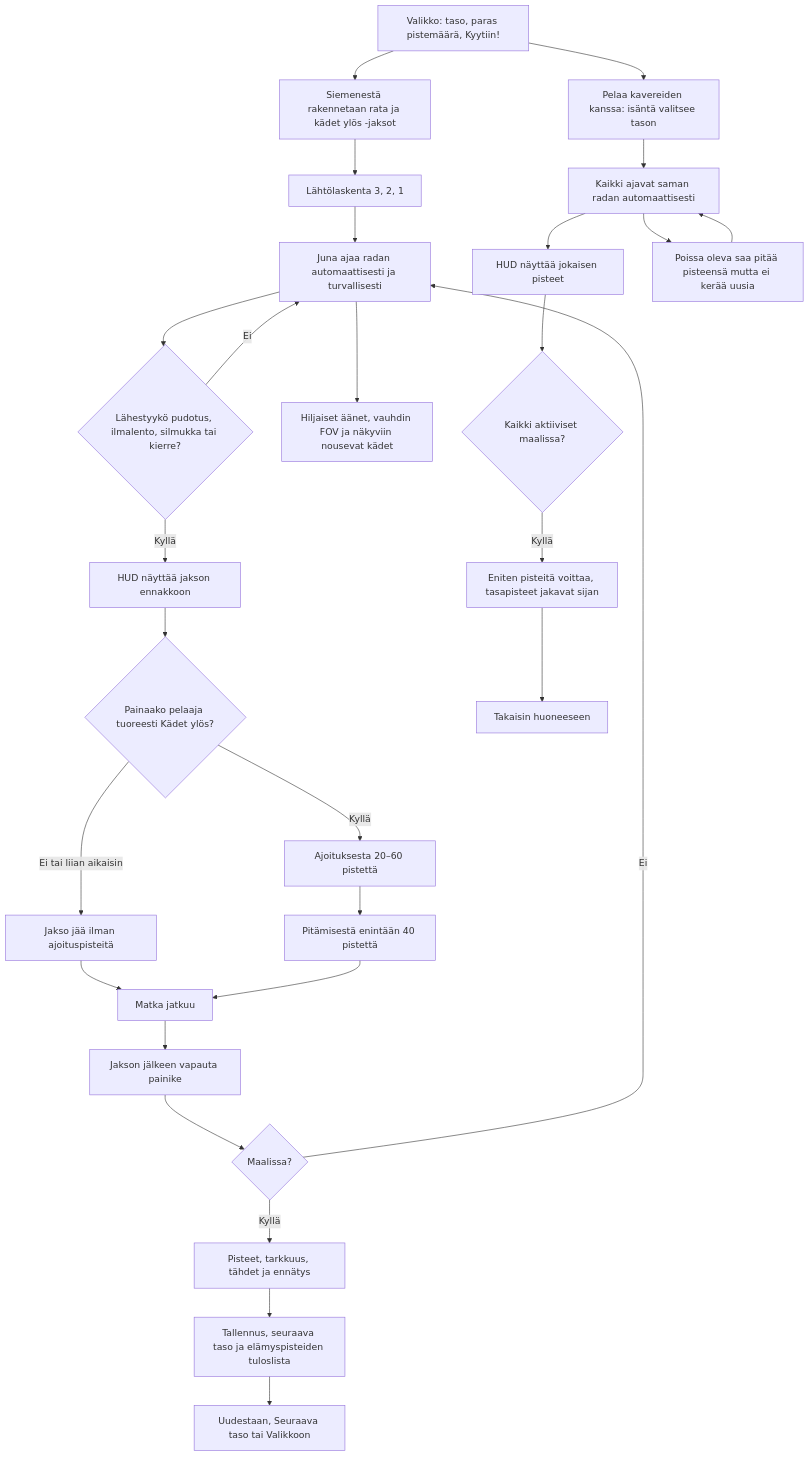
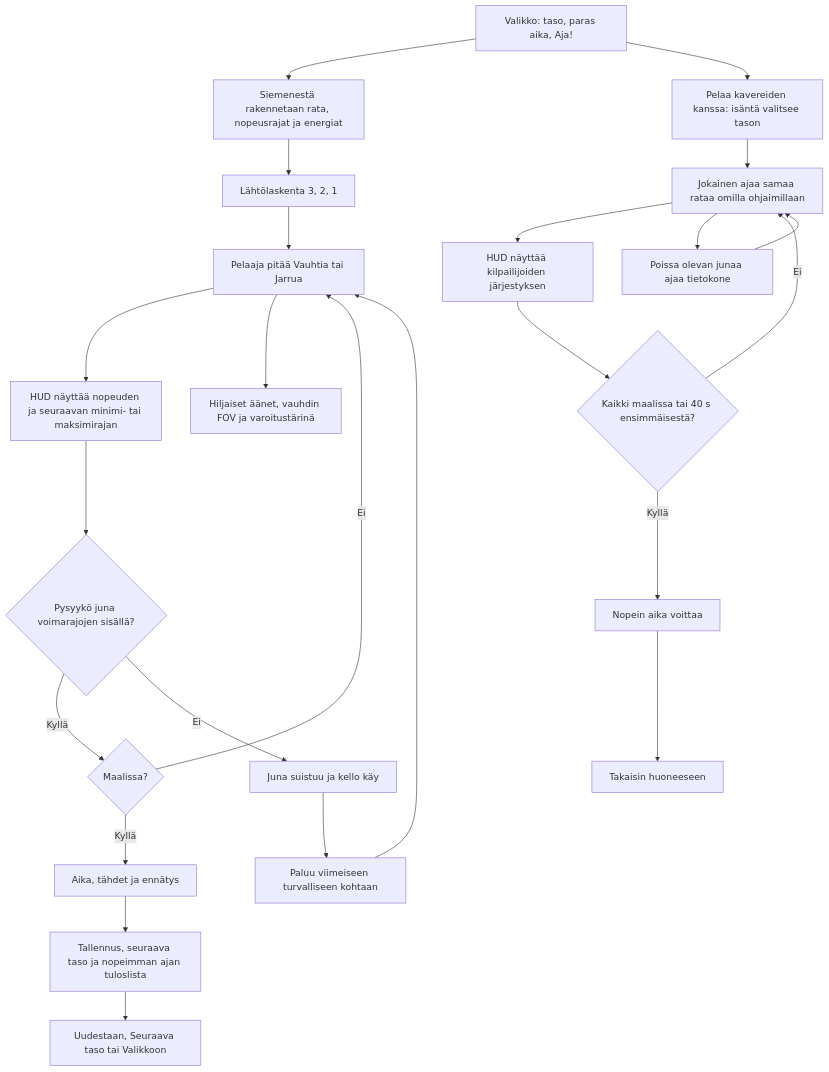
One commit to eerovil/ai-pelit changed the diagram in docs/diagrams/vuoristorata.md. Above: the diagram before and after it, drawn with Mermaid. The commit also changed other lines of this file and 13 other files, not shown here.

````diff
--- a/docs/diagrams/vuoristorata.md
+++ b/docs/diagrams/vuoristorata.md
@@ -11,37 +7,32 @@
 ```mermaid
 flowchart TD
-  A[Valikko: taso, paras pistemäärä, Kyytiin!] --> B[Siemenestä rakennetaan rata ja kädet ylös -jaksot]
+  A[Valikko: taso, paras aika, Aja!] --> B[Siemenestä rakennetaan rata, nopeusrajat ja energiat]
   B --> C[Lähtölaskenta 3, 2, 1]
-  C --> D[Juna ajaa radan automaattisesti ja turvallisesti]
-  D --> E{Lähestyykö pudotus, ilmalento, silmukka tai kierre?}
-  E -- Ei --> D
-  E -- Kyllä --> F[HUD näyttää jakson ennakkoon]
-  F --> G{Painaako pelaaja tuoreesti Kädet ylös?}
-  G -- Ei tai liian aikaisin --> H[Jakso jää ilman ajoituspisteitä]
-  G -- Kyllä --> I[Ajoituksesta 20–60 pistettä]
-  I --> J[Pitämisestä enintään 40 pistettä]
-  H --> K[Matka jatkuu]
-  J --> K
-  K --> L[Jakson jälkeen vapauta painike]
-  L --> M{Maalissa?}
-  M -- Ei --> D
-  M -- Kyllä --> N[Pisteet, tarkkuus, tähdet ja ennätys]
-  N --> O[Tallennus, seuraava taso ja elämyspisteiden tuloslista]
-  O --> P[Uudestaan, Seuraava taso tai Valikkoon]
-  D --> Q[Hiljaiset äänet, vauhdin FOV ja näkyviin nousevat kädet]
-  A --> R[Pelaa kavereiden kanssa: isäntä valitsee tason]
-  R --> S[Kaikki ajavat saman radan automaattisesti]
-  S --> T[HUD näyttää jokaisen pisteet]
-  T --> U{Kaikki aktiiviset maalissa?}
-  U -- Kyllä --> V[Eniten pisteitä voittaa, tasapisteet jakavat sijan]
-  V --> W[Takaisin huoneeseen]
-  S --> X[Poissa oleva saa pitää pisteensä mutta ei kerää uusia]
-  X --> S
-  class A,C,F,I,J,L,P blue
-  class E,G,M,U amber
-  class B,D teal
+  C --> D[Pelaaja pitää Vauhtia tai Jarrua]
+  D --> E[HUD näyttää nopeuden ja seuraavan minimi- tai maksimirajan]
+  E --> F{Pysyykö juna voimarajojen sisällä?}
+  F -- Kyllä --> G{Maalissa?}
+  G -- Ei --> D
+  F -- Ei --> H[Juna suistuu ja kello käy]
+  H --> I[Paluu viimeiseen turvalliseen kohtaan]
+  I --> D
+  G -- Kyllä --> J[Aika, tähdet ja ennätys]
+  J --> K[Tallennus, seuraava taso ja nopeimman ajan tuloslista]
+  K --> L[Uudestaan, Seuraava taso tai Valikkoon]
+  D --> M[Hiljaiset äänet, vauhdin FOV ja varoitustärinä]
+  A --> N[Pelaa kavereiden kanssa: isäntä valitsee tason]
+  N --> O[Jokainen ajaa samaa rataa omilla ohjaimillaan]
+  O --> P[HUD näyttää kilpailijoiden järjestyksen]
+  P --> Q{Kaikki maalissa tai 40 s ensimmäisestä?}
+  Q -- Ei --> O
+  Q -- Kyllä --> R[Nopein aika voittaa]
+  R --> S[Takaisin huoneeseen]
+  O --> T[Poissa olevan junaa ajaa tietokone]
+  T --> O
+  class A,C,D,E,L,M blue
+  class F,G,Q amber
+  class B,I teal
   class H rose
-  class K,N,O green
-  class Q blue
-  class R,S,T,V,W,X violet
+  class J,K green
+  class N,O,P,R,S,T violet
 ```
````
